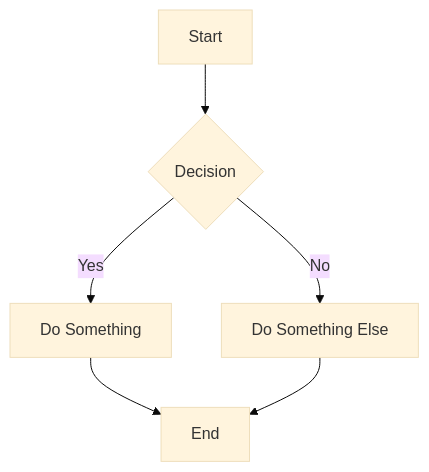
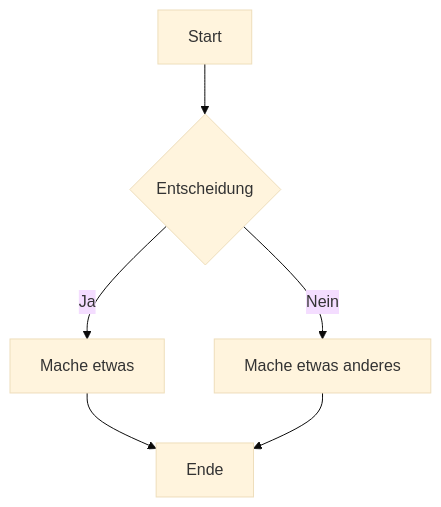
Before and after one commit to tinacms/tina-cloud-starter: the diagram in content/posts/de/learning-about-markdown.mdx, drawn with Mermaid (base theme). The commit also changed other lines of this file and 6 other files, not shown here.

````diff
--- a/content/posts/de/learning-about-markdown.mdx
+++ b/content/posts/de/learning-about-markdown.mdx
@@ -181,8 +179,8 @@
 ```mermaid
 graph TD
-    A[Start] --> B{Decision}
-    B -->|Yes| C[Do Something]
-    B -->|No| D[Do Something Else]
-    C --> E[End]
+    A[Start] --> B{Entscheidung}
+    B -->|Ja| C[Mache etwas]
+    B -->|Nein| D[Mache etwas anderes]
+    C --> E[Ende]
     D --> E
 ```
````
